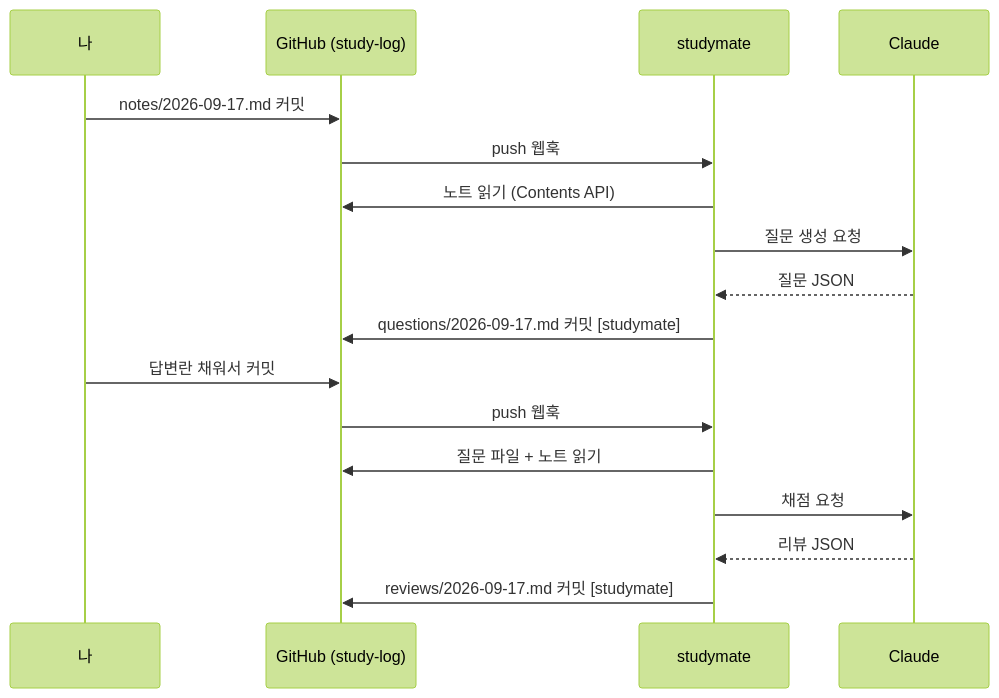
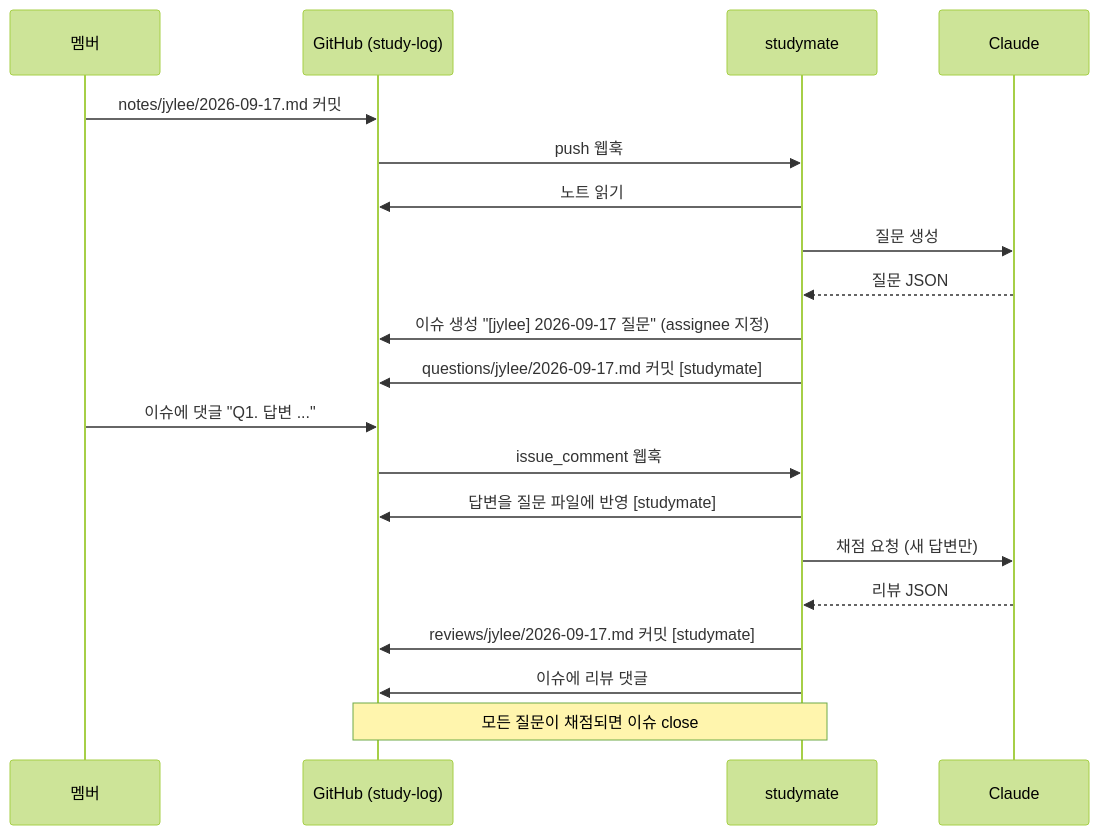
The diagram in README.md (BangTtagGum/studymate), drawn with Mermaid (forest theme) before and after one commit. The commit also changed other lines of this file and 27 other files, not shown here.

First line of the commit message:
feat: multi-member study flow via GitHub Issues and free-tier deploy

````diff
--- a/README.md
+++ b/README.md
@@ -18,21 +20,24 @@
 ```mermaid
 sequenceDiagram
-    participant Me as 나
+    participant M as 멤버
     participant GH as GitHub (study-log)
-    participant SB as studymate
+    participant SM as studymate
     participant CL as Claude
 
-    Me->>GH: notes/2026-09-17.md 커밋
-    GH->>SB: push 웹훅
-    SB->>GH: 노트 읽기 (Contents API)
-    SB->>CL: 질문 생성 요청
-    CL-->>SB: 질문 JSON
-    SB->>GH: questions/2026-09-17.md 커밋 [studymate]
+    M->>GH: notes/jylee/2026-09-17.md 커밋
+    GH->>SM: push 웹훅
+    SM->>GH: 노트 읽기
+    SM->>CL: 질문 생성
+    CL-->>SM: 질문 JSON
+    SM->>GH: 이슈 생성 "[jylee] 2026-09-17 질문" (assignee 지정)
+    SM->>GH: questions/jylee/2026-09-17.md 커밋 [studymate]
 
-    Me->>GH: 답변란 채워서 커밋
-    GH->>SB: push 웹훅
-    SB->>GH: 질문 파일 + 노트 읽기
-    SB->>CL: 채점 요청
-    CL-->>SB: 리뷰 JSON
-    SB->>GH: reviews/2026-09-17.md 커밋 [studymate]
+    M->>GH: 이슈에 댓글 "Q1. 답변 ..."
+    GH->>SM: issue_comment 웹훅
+    SM->>GH: 답변을 질문 파일에 반영 [studymate]
+    SM->>CL: 채점 요청 (새 답변만)
+    CL-->>SM: 리뷰 JSON
+    SM->>GH: reviews/jylee/2026-09-17.md 커밋 [studymate]
+    SM->>GH: 이슈에 리뷰 댓글
+    Note over SM,GH: 모든 질문이 채점되면 이슈 close
 ```
````
